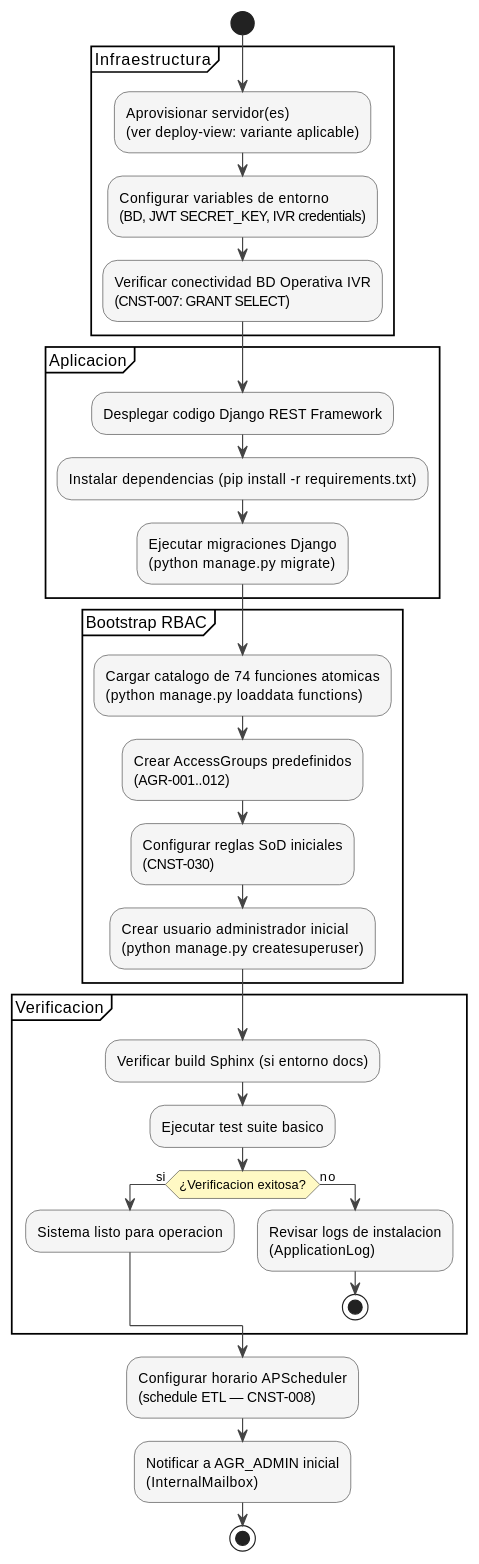
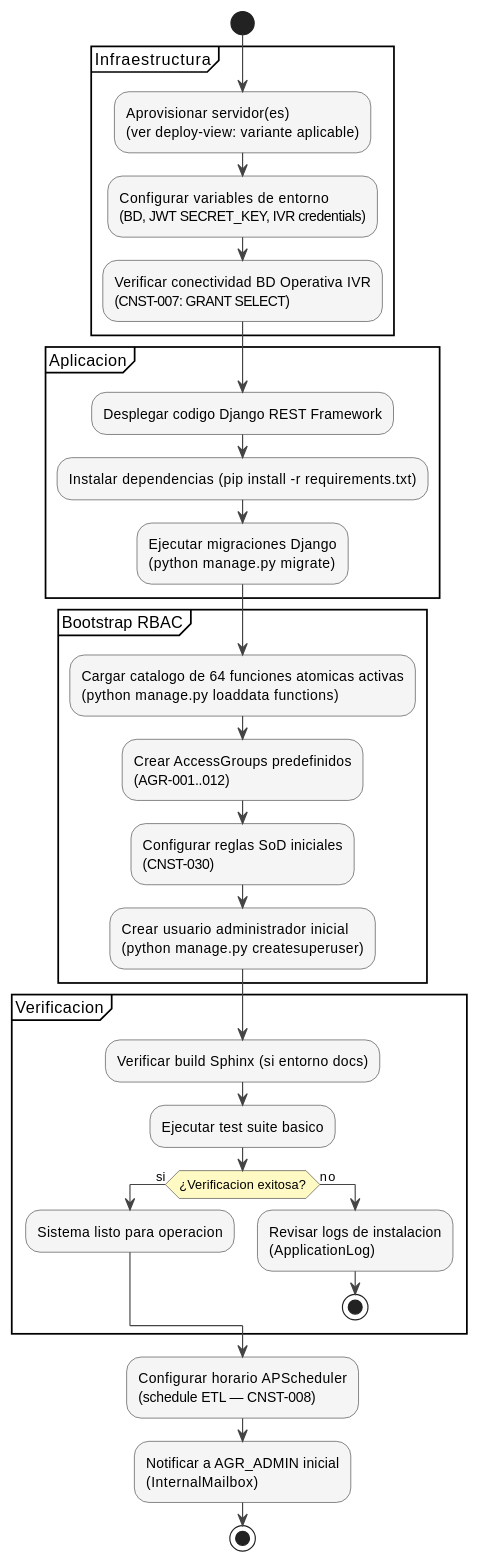
Before and after one commit to jcg-admin/IACT-docs: the diagram in source/arquitectura-tecnica/operational-view/system-installation.rst, drawn with PlantUML. The commit also changed 32 other files, not shown here.

```diff
--- a/source/arquitectura-tecnica/operational-view/system-installation.rst
+++ b/source/arquitectura-tecnica/operational-view/system-installation.rst
@@ -26,49 +26,49 @@
 .. uml::
  :caption: Figura — Flujo de instalacion y bootstrap del sistema IACT
 
  @startuml
 
  skinparam ArrowColor #444444
  skinparam ActivityBorderColor #333333
  skinparam ActivityBackgroundColor #F5F5F5
  skinparam ActivityDiamondBackgroundColor #FFF9C4
  skinparam shadowing false
 
  start
 
  partition "Infraestructura" {
    :Aprovisionar servidor(es)\n(ver deploy-view: variante aplicable);
    :Configurar variables de entorno\n(BD, JWT SECRET_KEY, IVR credentials);
    :Verificar conectividad BD Operativa IVR\n(CNST-007: GRANT SELECT);
  }
 
  partition "Aplicacion" {
    :Desplegar codigo Django REST Framework;
    :Instalar dependencias (pip install -r requirements.txt);
    :Ejecutar migraciones Django\n(python manage.py migrate);
  }
 
  partition "Bootstrap RBAC" {
-   :Cargar catalogo de 74 funciones atomicas\n(python manage.py loaddata functions);
+   :Cargar catalogo de 64 funciones atomicas activas\n(python manage.py loaddata functions);
    :Crear AccessGroups predefinidos\n(AGR-001..012);
    :Configurar reglas SoD iniciales\n(CNST-030);
    :Crear usuario administrador inicial\n(python manage.py createsuperuser);
  }
 
  partition "Verificacion" {
    :Verificar build Sphinx (si entorno docs);
    :Ejecutar test suite basico;
    if (¿Verificacion exitosa?) then (si)
      :Sistema listo para operacion;
    else (no)
      :Revisar logs de instalacion\n(ApplicationLog);
      stop
    endif
  }
 
  :Configurar horario APScheduler\n(schedule ETL — CNST-008);
  :Notificar a AGR_ADMIN inicial\n(InternalMailbox);
 
  stop
 
  @enduml
```
